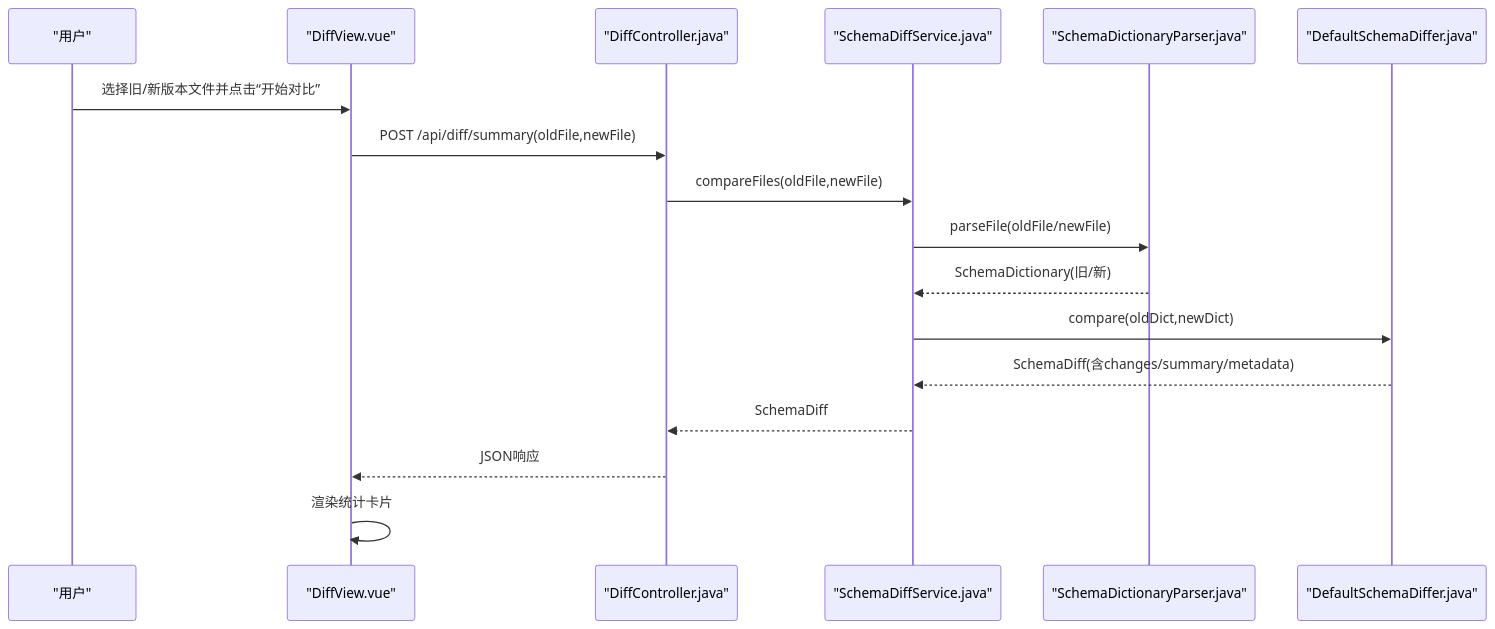
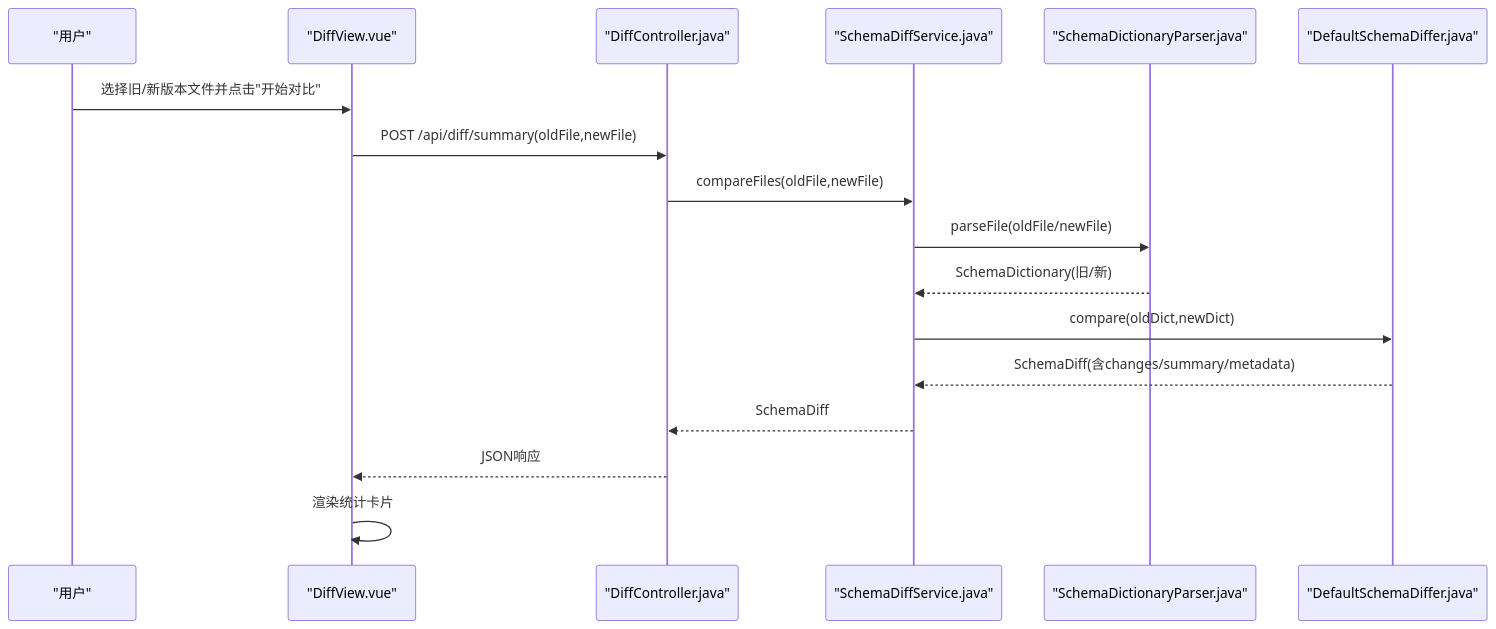
The second of 5 diagrams in .qoder/repowiki/zh/content/前端架构/页面组件详解/DiffView版本差异对比页面.md (SamLing-Why/SchemaSync), drawn with Mermaid before and after one commit. The commit also changed other lines of this file and 32 other files, not shown here.

````diff
--- a/.qoder/repowiki/zh/content/前端架构/页面组件详解/DiffView版本差异对比页面.md
+++ b/.qoder/repowiki/zh/content/前端架构/页面组件详解/DiffView版本差异对比页面.md
@@ -105,19 +115,19 @@
 ```mermaid
 sequenceDiagram
 participant U as "用户"
 participant F as "DiffView.vue"
 participant C as "DiffController.java"
 participant S as "SchemaDiffService.java"
 participant P as "SchemaDictionaryParser.java"
 participant D as "DefaultSchemaDiffer.java"
-U->>F : 选择旧/新版本文件并点击“开始对比”
+U->>F : 选择旧/新版本文件并点击"开始对比"
 F->>C : POST /api/diff/summary(oldFile,newFile)
 C->>S : compareFiles(oldFile,newFile)
 S->>P : parseFile(oldFile/newFile)
 P-->>S : SchemaDictionary(旧/新)
 S->>D : compare(oldDict,newDict)
 D-->>S : SchemaDiff(含changes/summary/metadata)
 S-->>C : SchemaDiff
 C-->>F : JSON响应
 F->>F : 渲染统计卡片
 ```
````
